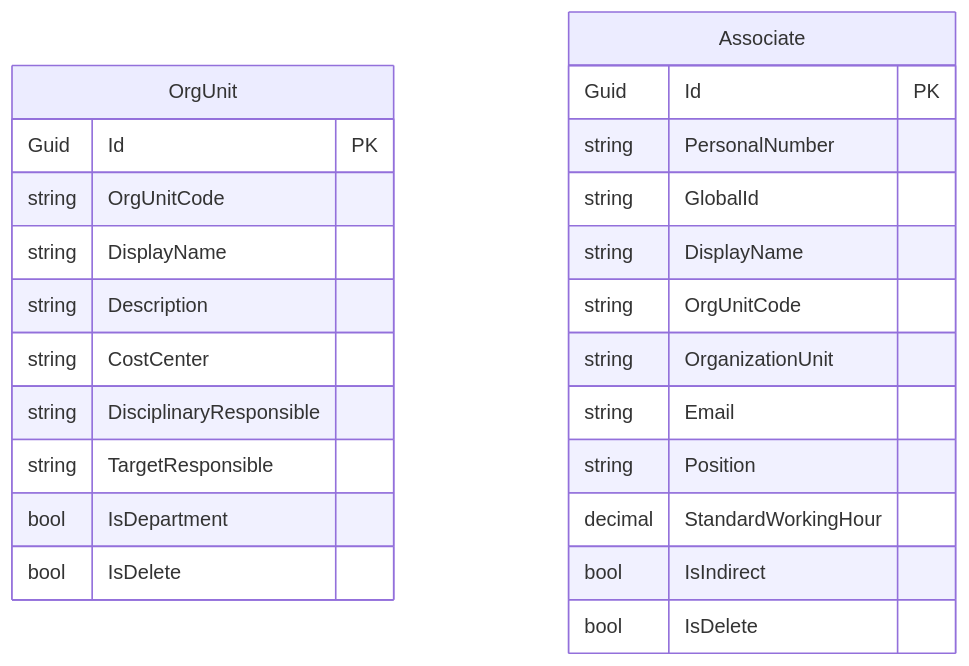
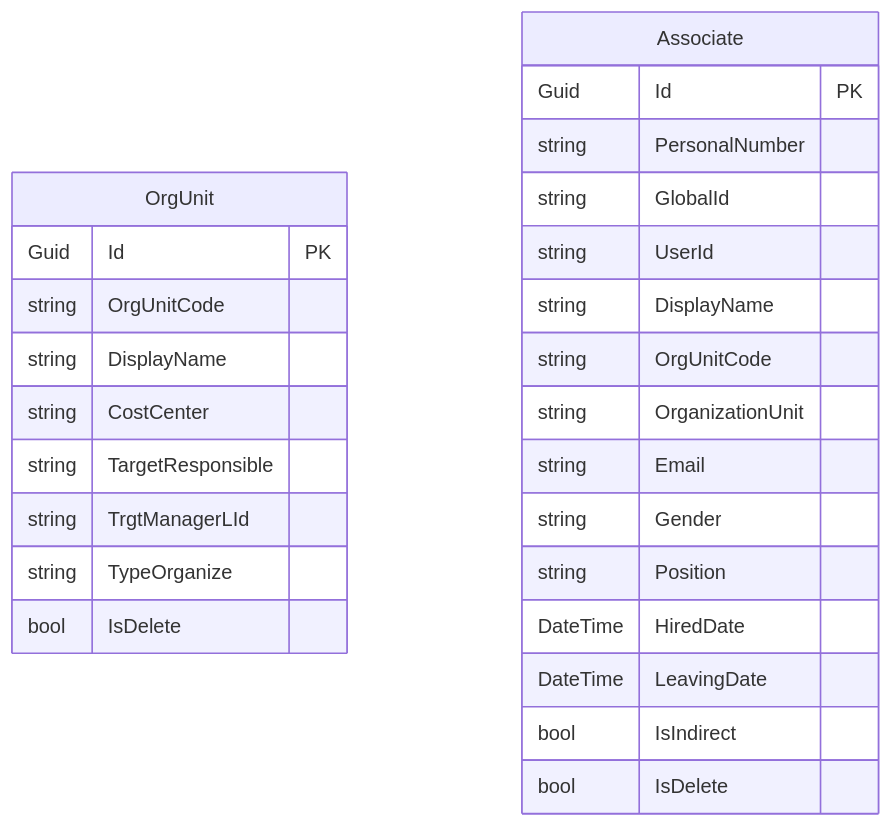
The ninth of 9 diagrams in docs/data-model.md (Songlong0506/ICOGenerator-v4), drawn with Mermaid before and after one commit. The commit also changed other lines of this file and 55 other files, not shown here.

````diff
--- a/docs/data-model.md
+++ b/docs/data-model.md
@@ -556,28 +556,30 @@
 ```mermaid
 erDiagram
     OrgUnit {
         Guid Id PK
         string OrgUnitCode
         string DisplayName
-        string Description
         string CostCenter
-        string DisciplinaryResponsible
         string TargetResponsible
-        bool IsDepartment
+        string TrgtManagerLId
+        string TypeOrganize
         bool IsDelete
     }
 
     Associate {
         Guid Id PK
         string PersonalNumber
         string GlobalId
+        string UserId
         string DisplayName
         string OrgUnitCode
         string OrganizationUnit
         string Email
+        string Gender
         string Position
-        decimal StandardWorkingHour
+        DateTime HiredDate
+        DateTime LeavingDate
         bool IsIndirect
         bool IsDelete
     }
 ```
````
